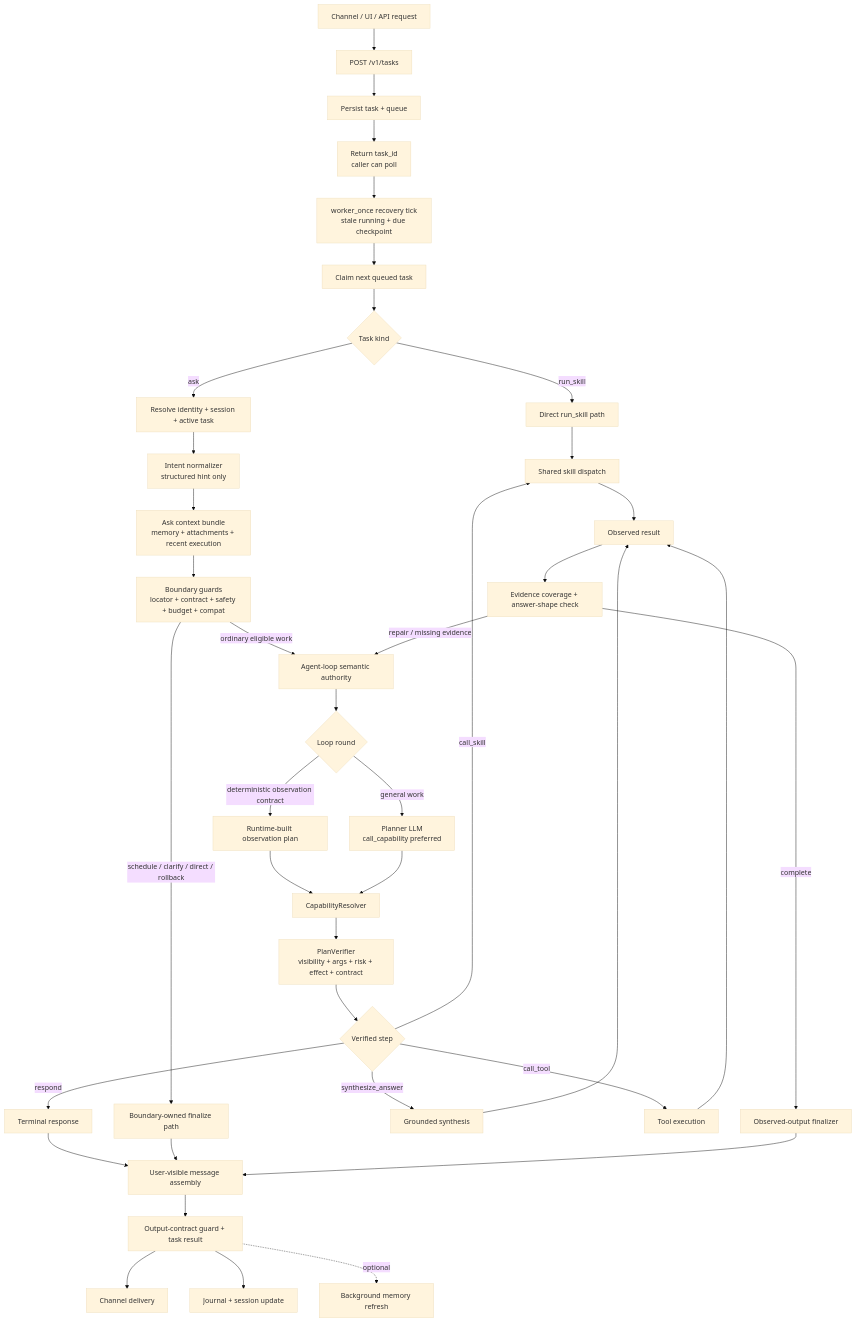
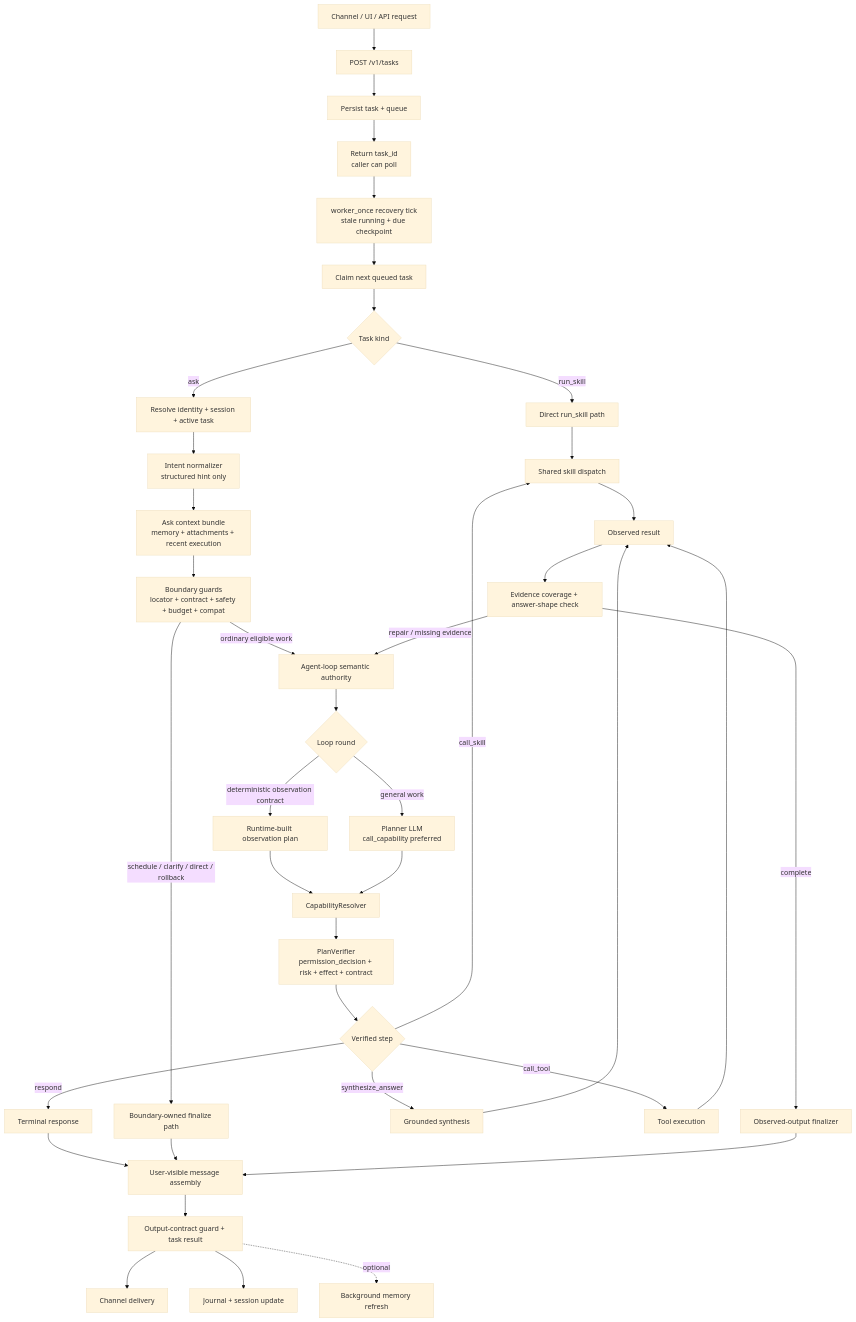
The first of 3 diagrams in README.md (MatrixCoreX/RustClaw), drawn with Mermaid (base theme) before and after one commit. The commit also changed other lines of this file and 4 other files, not shown here.

````diff
--- a/README.md
+++ b/README.md
@@ -28,41 +28,41 @@
 ```mermaid
 flowchart TD
     A[Channel / UI / API request] --> B[POST /v1/tasks]
     B --> C[Persist task + queue]
     C --> D[Return task_id<br/>caller can poll]
     D --> E0[worker_once recovery tick<br/>stale running + due checkpoint]
     E0 --> E1[Claim next queued task]
     E1 --> E{Task kind}
     E -->|run_skill| RS[Direct run_skill path]
     E -->|ask| F[Resolve identity + session + active task]
     F --> G[Intent normalizer<br/>structured hint only]
     G --> H[Ask context bundle<br/>memory + attachments + recent execution]
     H --> I[Boundary guards<br/>locator + contract + safety + budget + compat]
     I -->|ordinary eligible work| J[Agent-loop semantic authority]
     I -->|schedule / clarify / direct / rollback| K[Boundary-owned finalize path]
     J --> L{Loop round}
     L -->|deterministic observation contract| M[Runtime-built observation plan]
     L -->|general work| N[Planner LLM<br/>call_capability preferred]
     M --> O[CapabilityResolver]
     N --> O
-    O --> P[PlanVerifier<br/>visibility + args + risk + effect + contract]
+    O --> P[PlanVerifier<br/>permission_decision + risk + effect + contract]
     P --> Q{Verified step}
     Q -->|respond| R[Terminal response]
     Q -->|synthesize_answer| S[Grounded synthesis]
     Q -->|call_tool| T[Tool execution]
     Q -->|call_skill| U[Shared skill dispatch]
     RS --> U
     T --> V[Observed result]
     U --> V
     S --> V
     V --> W[Evidence coverage + answer-shape check]
     W -->|repair / missing evidence| J
     W -->|complete| X[Observed-output finalizer]
     R --> Y[User-visible message assembly]
     K --> Y
     X --> Y
     Y --> Z[Output-contract guard + task result]
     Z --> AA[Channel delivery]
     Z --> AB[Journal + session update]
     Z -. optional .-> AC[Background memory refresh]
 ```
````
